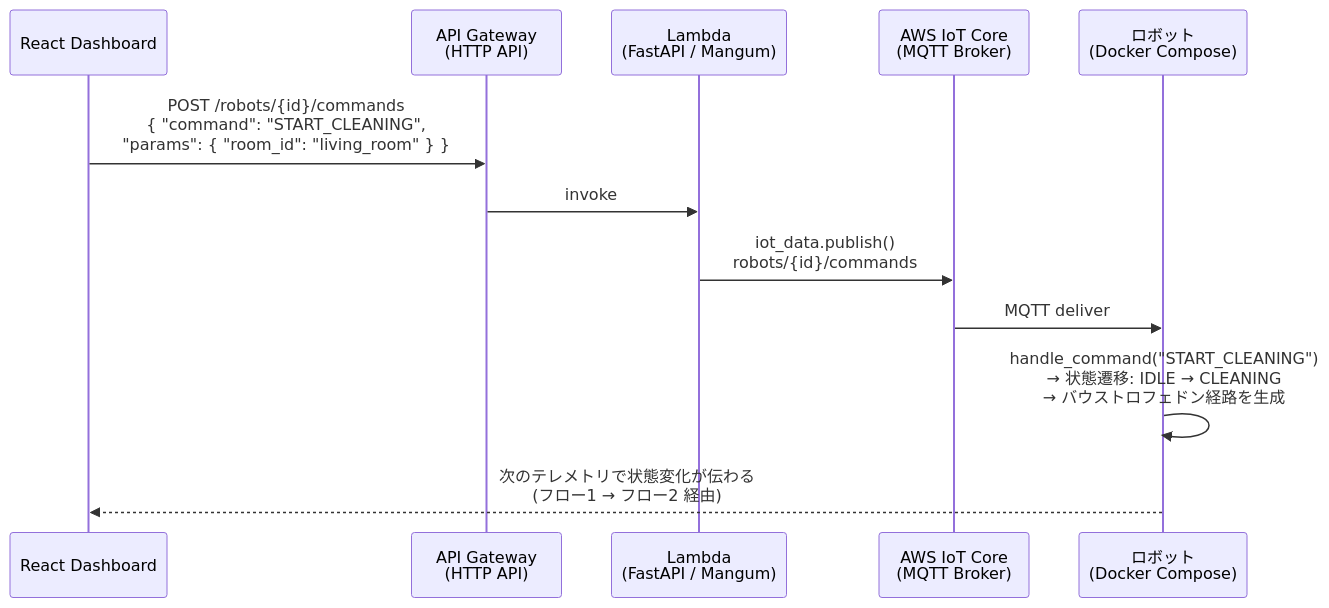
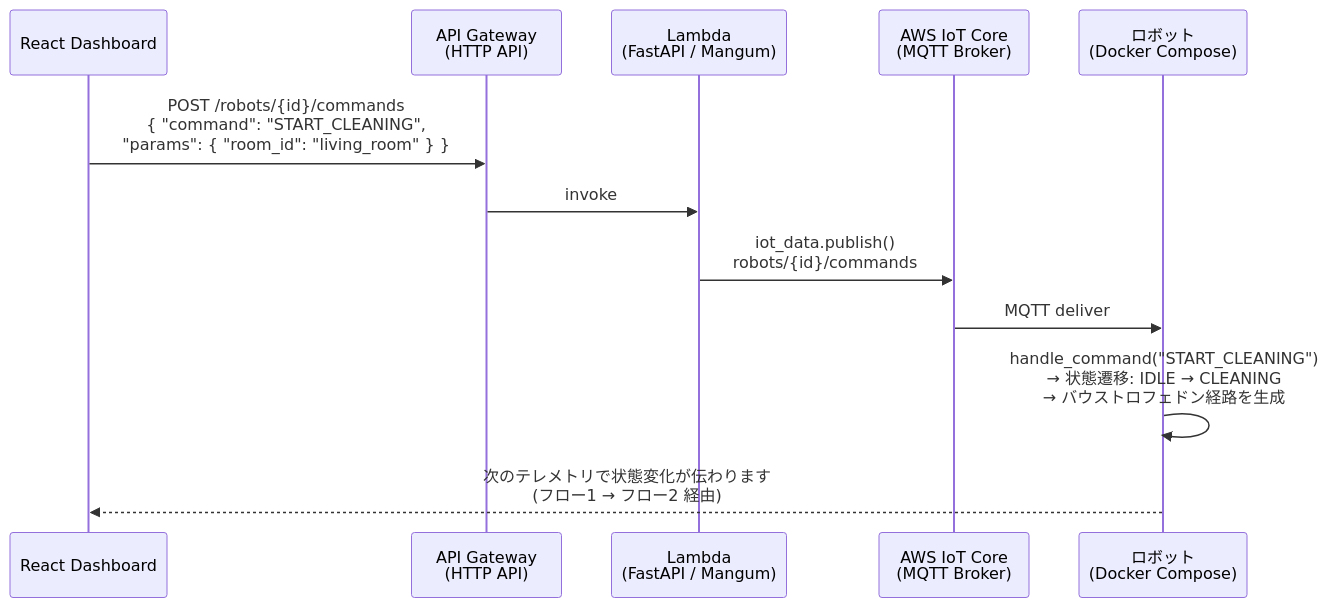
The third of 6 diagrams in docs/technical-overview.md (kojikokojiko/robops-platform), drawn with Mermaid before and after one commit. The commit also changed other lines of this file, not shown here.

````diff
--- a/docs/technical-overview.md
+++ b/docs/technical-overview.md
@@ -424,15 +424,15 @@
 ```mermaid
 sequenceDiagram
     participant FE as React Dashboard
     participant APIGW as API Gateway<br/>(HTTP API)
     participant Fn as Lambda<br/>(FastAPI / Mangum)
     participant IoT as AWS IoT Core<br/>(MQTT Broker)
     participant R as ロボット<br/>(Docker Compose)
 
     FE->>APIGW: POST /robots/{id}/commands<br/>{ "command": "START_CLEANING",<br/>  "params": { "room_id": "living_room" } }
     APIGW->>Fn: invoke
     Fn->>IoT: iot_data.publish()<br/>robots/{id}/commands
     IoT->>R: MQTT deliver
     R->>R: handle_command("START_CLEANING")<br/>→ 状態遷移: IDLE → CLEANING<br/>→ バウストロフェドン経路を生成
-    R-->>FE: 次のテレメトリで状態変化が伝わる<br/>(フロー1 → フロー2 経由)
+    R-->>FE: 次のテレメトリで状態変化が伝わります<br/>(フロー1 → フロー2 経由)
 ```
````
